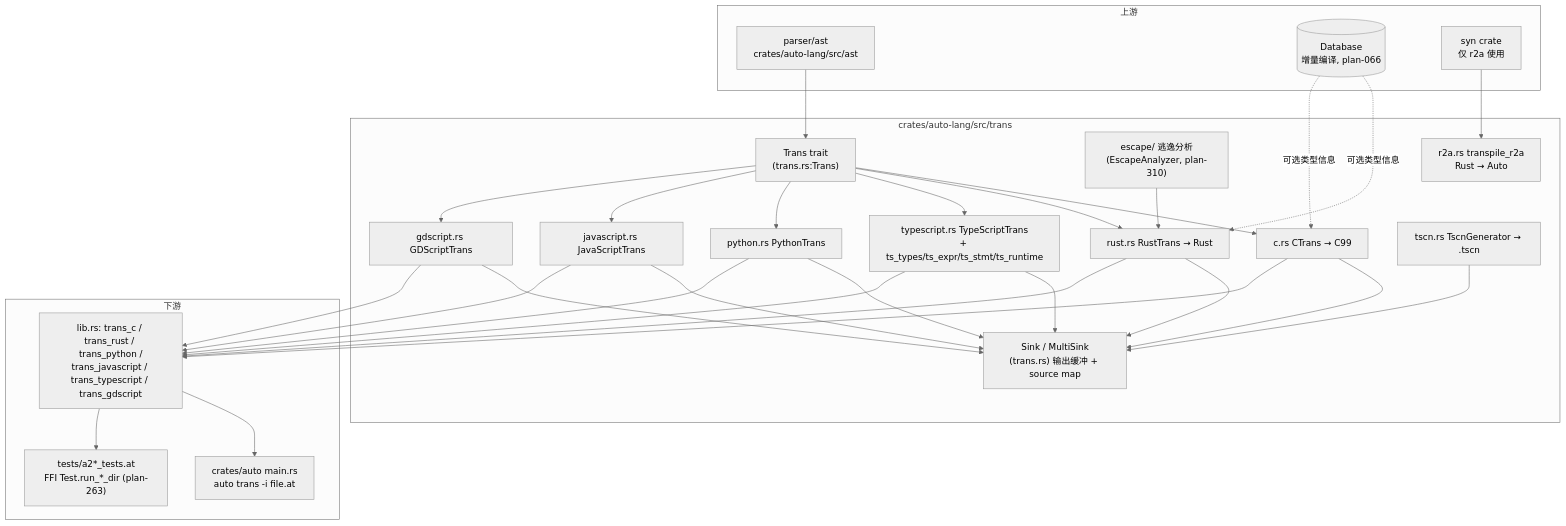
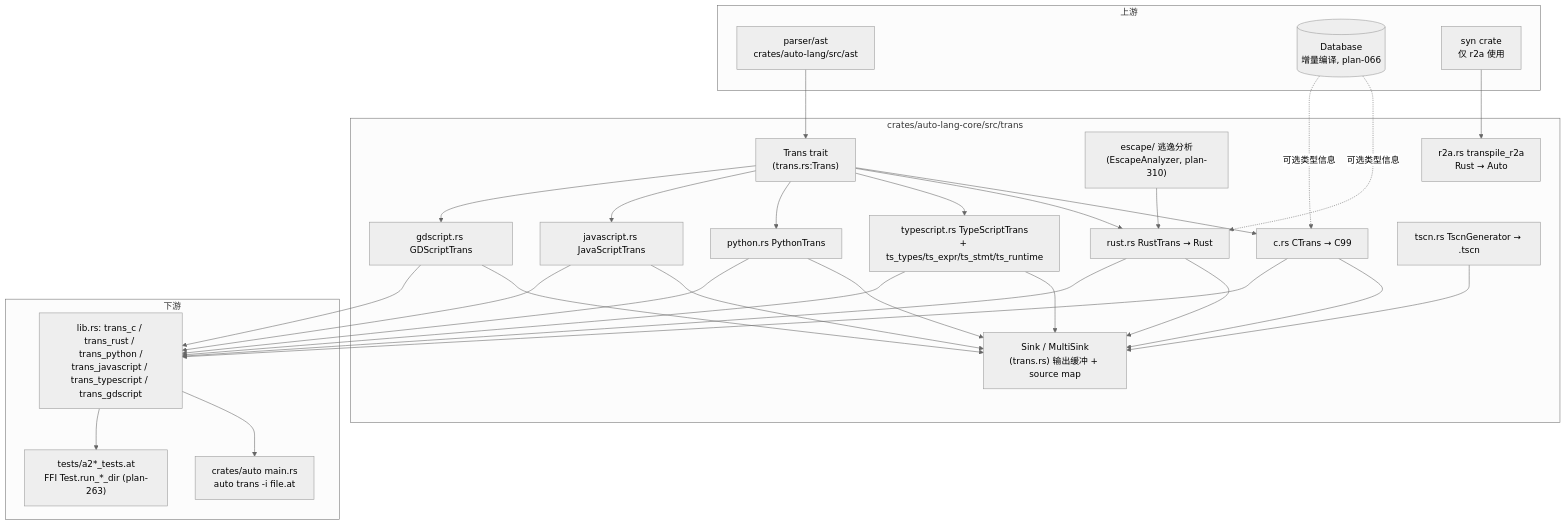
Before and after one commit to auto-stack/auto-lang: the diagram in docs/specs/auto-lang/trans/architecture.md, drawn with Mermaid (neutral theme). The commit also changed other lines of this file and 18 other files, not shown here.

````diff
--- a/docs/specs/auto-lang/trans/architecture.md
+++ b/docs/specs/auto-lang/trans/architecture.md
@@ -5,45 +5,45 @@
 ```mermaid
 graph TD
     subgraph 上游
         Parser[parser/ast<br/>crates/auto-lang/src/ast]
         DB[(Database<br/>增量编译, plan-066)]
         Syn[syn crate<br/>仅 r2a 使用]
     end
 
-    subgraph trans["crates/auto-lang/src/trans"]
+    subgraph trans["crates/auto-lang-core/src/trans"]
         Trait["Trans trait<br/>(trans.rs:Trans)"]
         Sink["Sink / MultiSink<br/>(trans.rs) 输出缓冲 + source map"]
         Esc["escape/ 逃逸分析<br/>(EscapeAnalyzer, plan-310)"]
         C["c.rs CTrans → C99"]
         R["rust.rs RustTrans → Rust"]
         TS["typescript.rs TypeScriptTrans<br/>+ ts_types/ts_expr/ts_stmt/ts_runtime"]
         PY["python.rs PythonTrans"]
         JS["javascript.rs JavaScriptTrans"]
         GD["gdscript.rs GDScriptTrans"]
         TSCN["tscn.rs TscnGenerator → .tscn"]
         R2A["r2a.rs transpile_r2a<br/>Rust → Auto"]
     end
 
     subgraph 下游
         Lib["lib.rs: trans_c / trans_rust / trans_python /<br/>trans_javascript / trans_typescript / trans_gdscript"]
         CLI["crates/auto main.rs<br/>auto trans -i file.at <target>"]
         Tests["tests/a2*_tests.at<br/>FFI Test.run_*_dir (plan-263)"]
     end
 
     Parser --> Trait
     DB -.可选类型信息.-> R
     DB -.可选类型信息.-> C
     Trait --> C & R & TS & PY & JS & GD
     Esc --> R
     C & R & TS & PY & JS & GD --> Sink
     TSCN --> Sink
     Syn --> R2A
     R --> Lib
     C --> Lib
     TS --> Lib
     PY --> Lib
     JS --> Lib
     GD --> Lib
     Lib --> CLI
     Lib --> Tests
 ```
````
